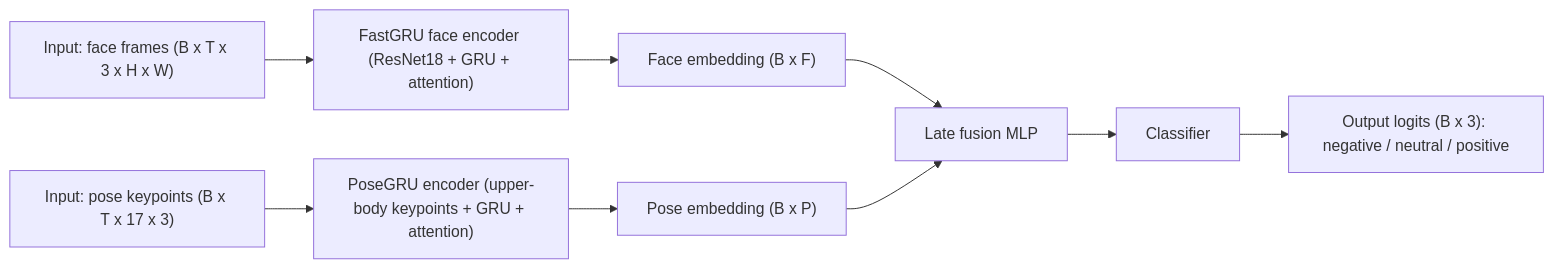
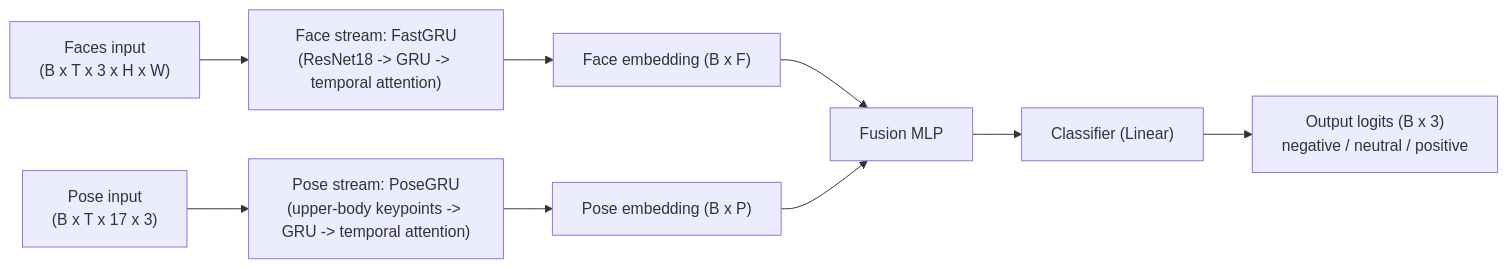
The first of 2 diagrams in README.md (MeasureZer0/cspan_congressionalrhetoric_video), drawn with Mermaid before and after one commit. The commit also changed other lines of this file, not shown here.

Commit message:
feat: better flowchart

````diff
--- a/README.md
+++ b/README.md
@@ -9,11 +9,14 @@
 ```mermaid
 flowchart LR
-  A["Input: face frames (B x T x 3 x H x W)"] --> B["FastGRU face encoder (ResNet18 + GRU + attention)"]
-  C["Input: pose keypoints (B x T x 17 x 3)"] --> D["PoseGRU encoder (upper-body keypoints + GRU + attention)"]
+  A["Faces input<br/>(B x T x 3 x H x W)"] --> B["Face stream: FastGRU<br/>(ResNet18 -> GRU -> temporal attention)"]
+  C["Pose input<br/>(B x T x 17 x 3)"] --> D["Pose stream: PoseGRU<br/>(upper-body keypoints -> GRU -> temporal attention)"]
+
   B --> E["Face embedding (B x F)"]
   D --> F["Pose embedding (B x P)"]
-  E --> G["Late fusion MLP"]
+
+  E --> G["Fusion MLP"]
   F --> G
-  G --> H["Classifier"]
-  H --> I["Output logits (B x 3): negative / neutral / positive"]
+
+  G --> H["Classifier (Linear)"]
+  H --> I["Output logits (B x 3)<br/>negative / neutral / positive"]
 ```
````
